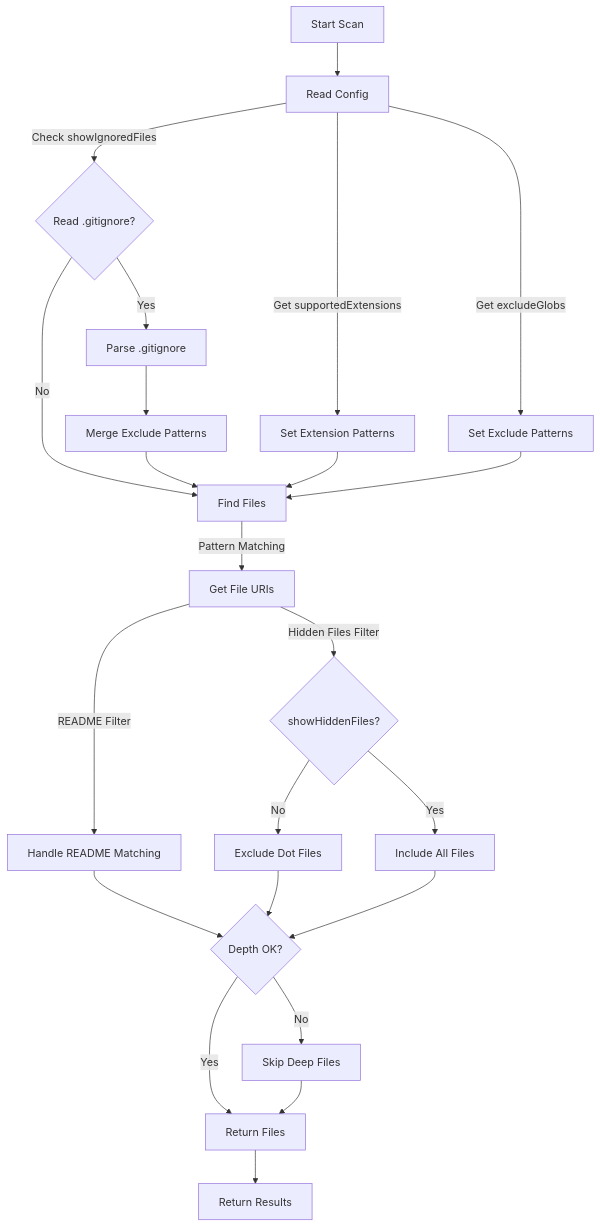
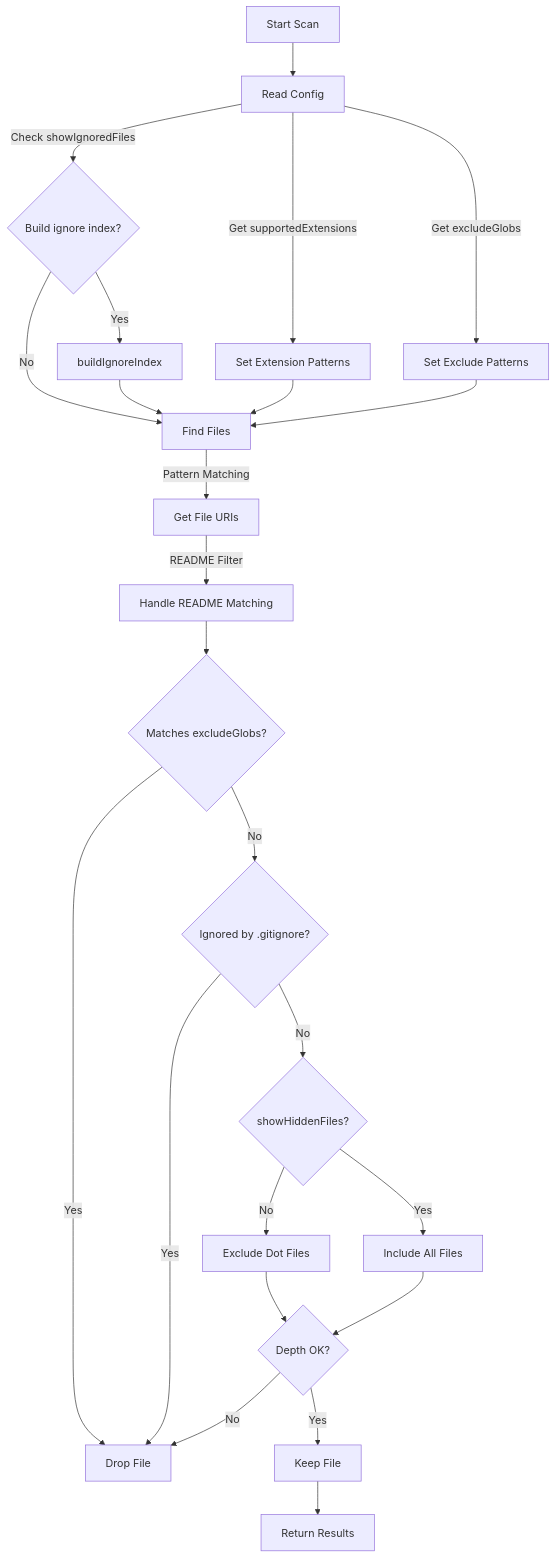
The diagram in docs/architecture/scanner.md (AlexJSully/workspace-wiki), drawn with Mermaid before and after one commit. The commit also changed other lines of this file and 52 other files, not shown here.

````diff
--- a/docs/architecture/scanner.md
+++ b/docs/architecture/scanner.md
@@ -56,27 +70,28 @@
 ```mermaid
 flowchart TD
 	accTitle: Scanner File Discovery Flow
-	accDescr: Shows the scanning process: reading configuration, building exclude patterns (including .gitignore), running findFiles for each supported extension, then applying hidden-file, exclude-pattern, and depth filters before returning results.
+	accDescr: Shows the scanning process. The scanner reads configuration, builds an ignore index from the workspace .gitignore files unless showIgnoredFiles is enabled, runs findFiles for each supported extension, then filters the results by exclude glob, ignore index, hidden-file rule, and depth before returning them.
 	A[Start Scan] --> B[Read Config]
 	B -->|Get supportedExtensions| C[Set Extension Patterns]
 	B -->|Get excludeGlobs| D[Set Exclude Patterns]
-	B -->|Check showIgnoredFiles| E{Read .gitignore?}
-	E -->|Yes| F[Parse .gitignore]
+	B -->|Check showIgnoredFiles| E{Build ignore index?}
+	E -->|Yes| F[buildIgnoreIndex]
 	E -->|No| G[Find Files]
-	F --> H[Merge Exclude Patterns]
-	H --> G
+	F --> G
 	C --> G
 	D --> G
 	G -->|Pattern Matching| I[Get File URIs]
 	I -->|README Filter| J[Handle README Matching]
-	I -->|Hidden Files Filter| K{showHiddenFiles?}
+	J --> R{Matches excludeGlobs?}
+	R -->|Yes| P[Drop File]
+	R -->|No| S{Ignored by .gitignore?}
+	S -->|Yes| P
+	S -->|No| K{showHiddenFiles?}
 	K -->|No| L[Exclude Dot Files]
 	K -->|Yes| M[Include All Files]
-	J --> N{Depth OK?}
-	N -->|Yes| O[Return Files]
-	N -->|No| P[Skip Deep Files]
-	P --> O
-	L --> N
+	L --> N{Depth OK?}
 	M --> N
+	N -->|No| P
+	N -->|Yes| O[Keep File]
 	O --> Q[Return Results]
 ```
````
